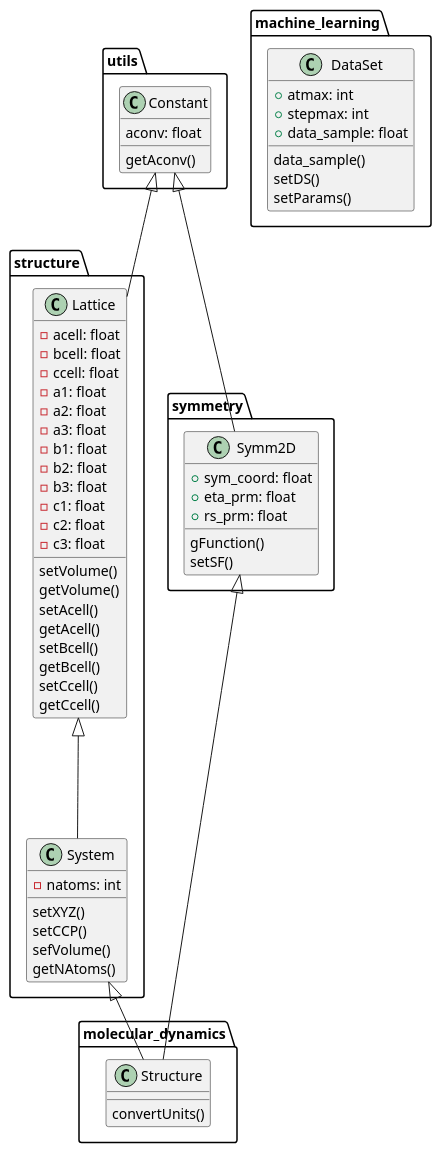
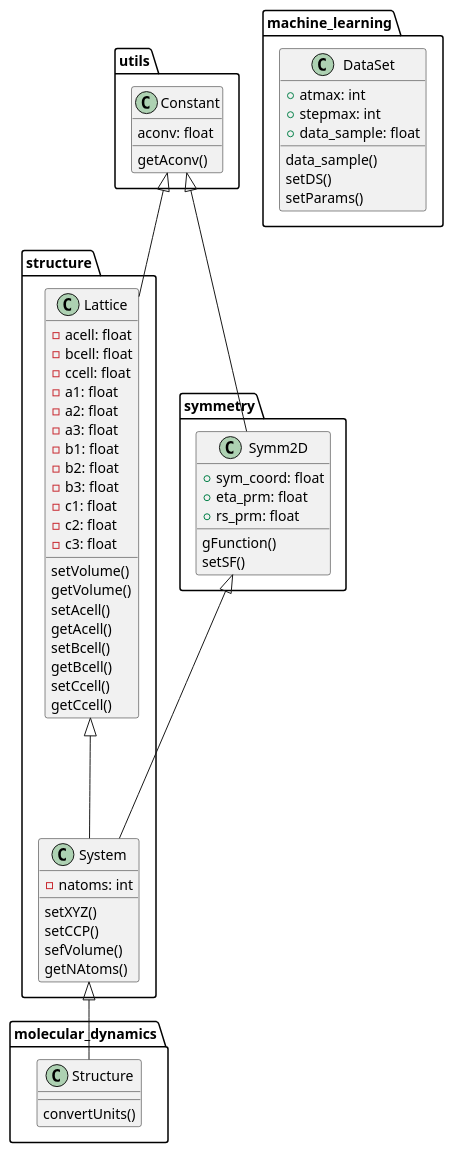
Before and after one commit to flavianowilliams/M3L: the diagram in docs/phase_diagram.puml, drawn with PlantUML. The commit also changed 8 other files, not shown here.

```diff
--- a/docs/phase_diagram.puml
+++ b/docs/phase_diagram.puml
@@ -1,68 +1,68 @@
 @startuml M3L
 package utils{
     class Constant{
         aconv: float
         getAconv()
     }
 }
 package structure{
     class Lattice{
         -acell: float
         -bcell: float
         -ccell: float
         -a1: float
         -a2: float
         -a3: float
         -b1: float
         -b2: float
         -b3: float
         -c1: float
         -c2: float
         -c3: float
         setVolume()
         getVolume()
         setAcell()
         getAcell()
         setBcell()
         getBcell()
         setCcell()
         getCcell()
     }
     class System{
         -natoms: int
         setXYZ()
         setCCP()
         sefVolume()
         getNAtoms()
     }
 }
 package symmetry{
     class Symm2D{
         +sym_coord: float
         +eta_prm: float
         +rs_prm: float
         gFunction()
         setSF()
     }
 }
 package machine_learning{
     class DataSet{
         +atmax: int
         +stepmax: int
         +data_sample: float
         data_sample()
         setDS()
         setParams()
     }
 }
 package molecular_dynamics{
     class Structure{
-        convertUnits()        
+        convertUnits()    
     }
 }
 Constant <|-- Lattice
 Constant <|-- Symm2D
 System <|-- Structure
-Symm2D <|-- Structure
+Symm2D <|-- System
 Lattice <|--- System
 @enduml
```
